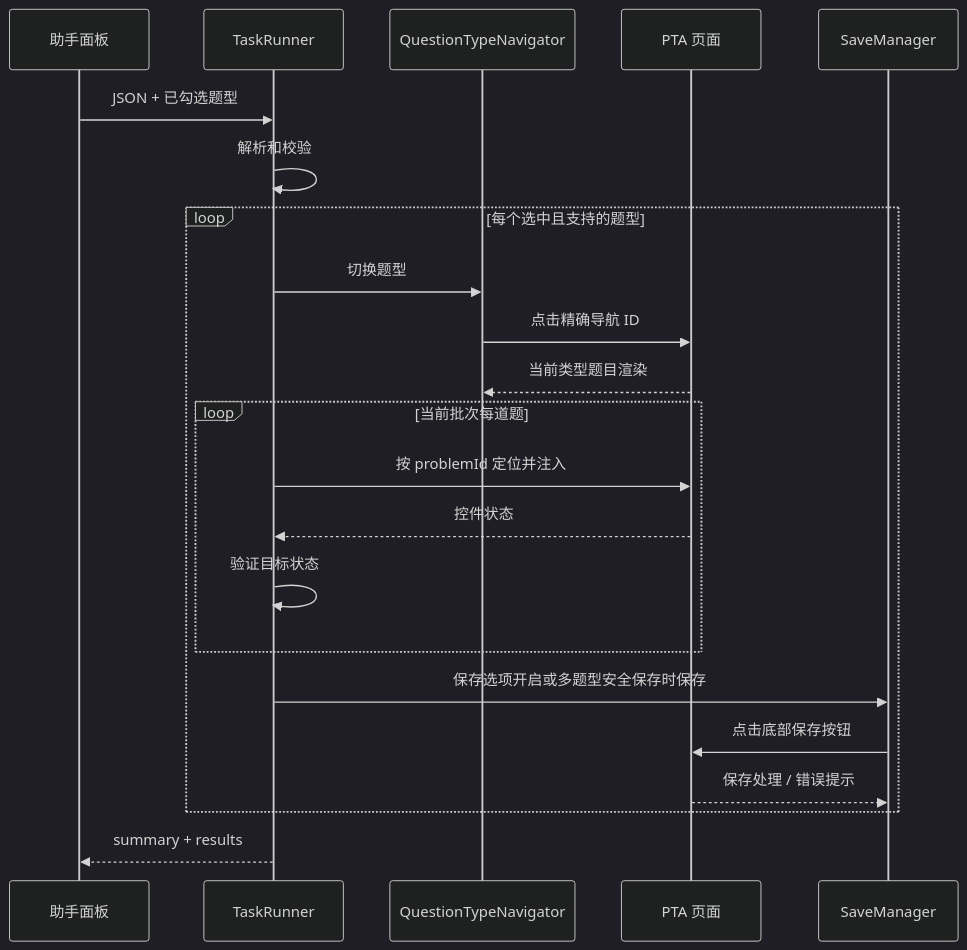
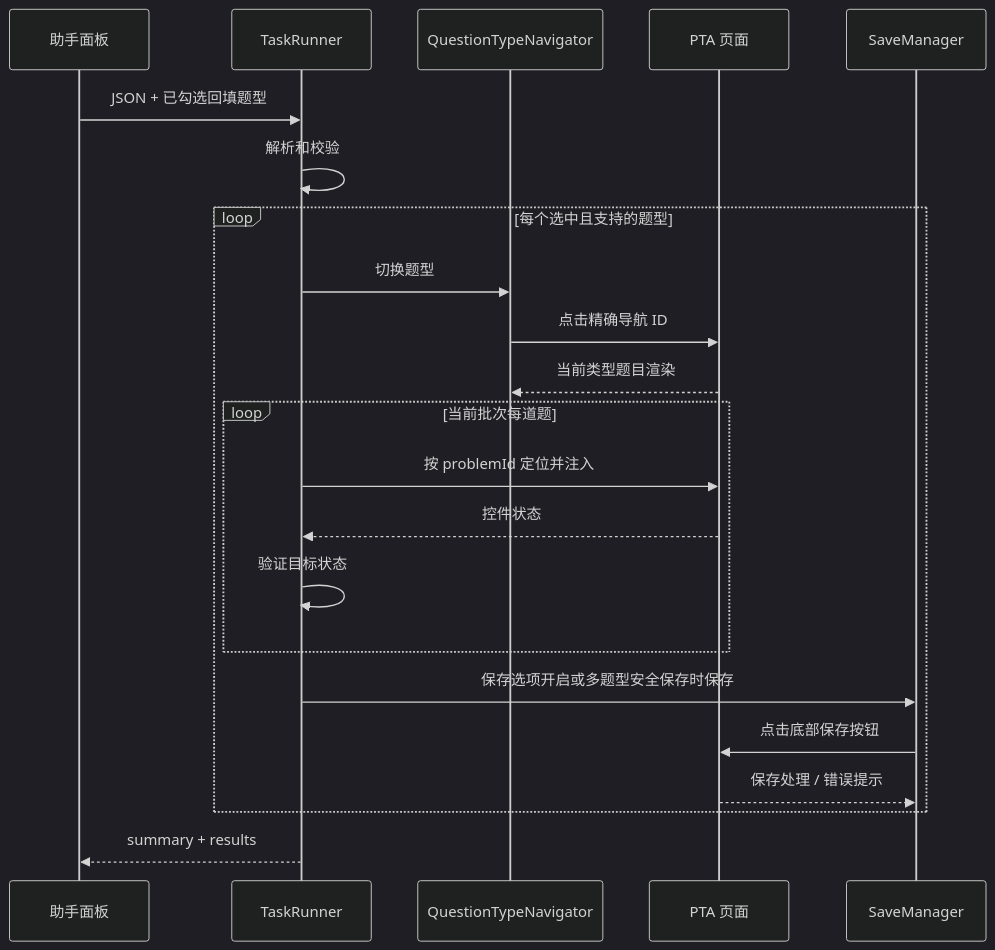
The diagram in docs/answer-fill-design.md (quynj/pintia-answer-extension), drawn with Mermaid (dark theme) before and after one commit. The commit also changed other lines of this file and 8 other files, not shown here.

````diff
--- a/docs/answer-fill-design.md
+++ b/docs/answer-fill-design.md
@@ -59,24 +59,24 @@
 ```mermaid
 sequenceDiagram
   participant Panel as 助手面板
   participant Runner as TaskRunner
   participant Nav as QuestionTypeNavigator
   participant PTA as PTA 页面
   participant Save as SaveManager
-  Panel->>Runner: JSON + 已勾选题型
+  Panel->>Runner: JSON + 已勾选回填题型
   Runner->>Runner: 解析和校验
   loop 每个选中且支持的题型
     Runner->>Nav: 切换题型
     Nav->>PTA: 点击精确导航 ID
     PTA-->>Nav: 当前类型题目渲染
     loop 当前批次每道题
       Runner->>PTA: 按 problemId 定位并注入
       PTA-->>Runner: 控件状态
       Runner->>Runner: 验证目标状态
     end
     Runner->>Save: 保存选项开启或多题型安全保存时保存
     Save->>PTA: 点击底部保存按钮
     PTA-->>Save: 保存处理 / 错误提示
   end
   Runner-->>Panel: summary + results
 ```
````
